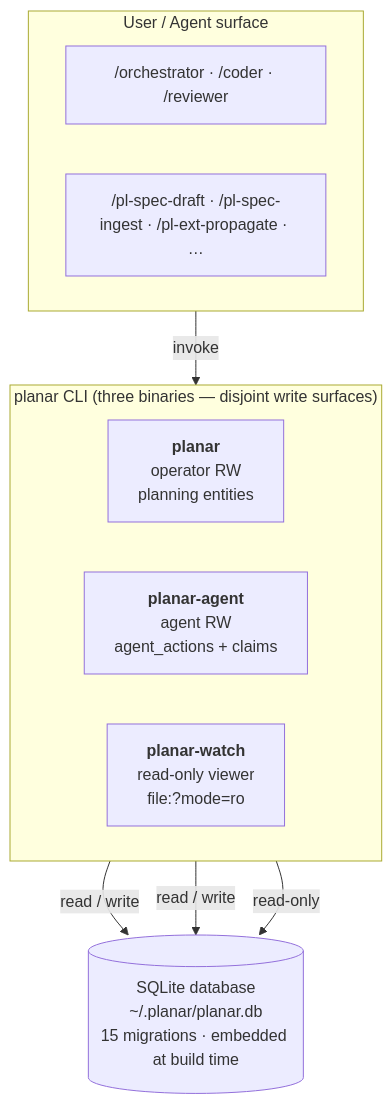
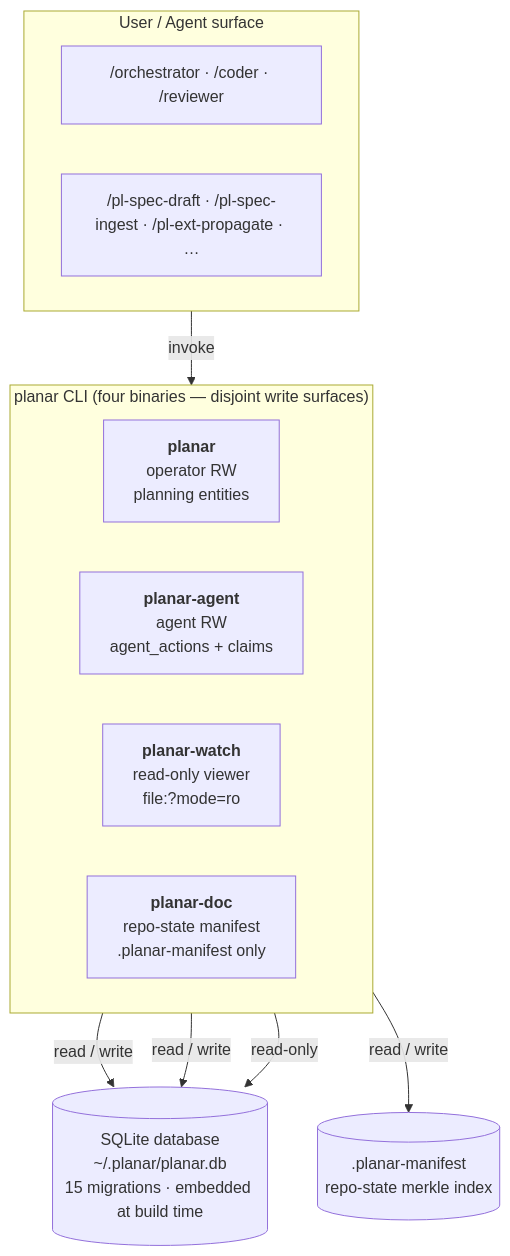
One commit to rdrsss/planar changed the first of 2 diagrams in docs/architecture.md. Above: the diagram before and after it, drawn with Mermaid. The commit also changed other lines of this file and 41 other files, not shown here.

````diff
--- a/docs/architecture.md
+++ b/docs/architecture.md
@@ -11,22 +11,25 @@
 ```mermaid
 flowchart TD
     subgraph Surface["User / Agent surface"]
         direction LR
         S1["/orchestrator · /coder · /reviewer"]
         S2["/pl-spec-draft · /pl-spec-ingest · /pl-ext-propagate · …"]
     end
 
-    subgraph Binaries["planar CLI (three binaries — disjoint write surfaces)"]
+    subgraph Binaries["planar CLI (four binaries — disjoint write surfaces)"]
         direction LR
         B1["<b>planar</b><br/>operator RW<br/>planning entities"]
         B2["<b>planar-agent</b><br/>agent RW<br/>agent_actions + claims"]
         B3["<b>planar-watch</b><br/>read-only viewer<br/>file:?mode=ro"]
+        B4["<b>planar-doc</b><br/>repo-state manifest<br/>.planar-manifest only"]
     end
 
     DB[("SQLite database<br/>~/.planar/planar.db<br/>15 migrations · embedded at build time")]
+    MF[(".planar-manifest<br/>repo-state merkle index")]
 
     Surface -->|invoke| Binaries
     B1 -->|read / write| DB
     B2 -->|read / write| DB
     B3 -->|read-only| DB
+    B4 -->|read / write| MF
 ```
````
